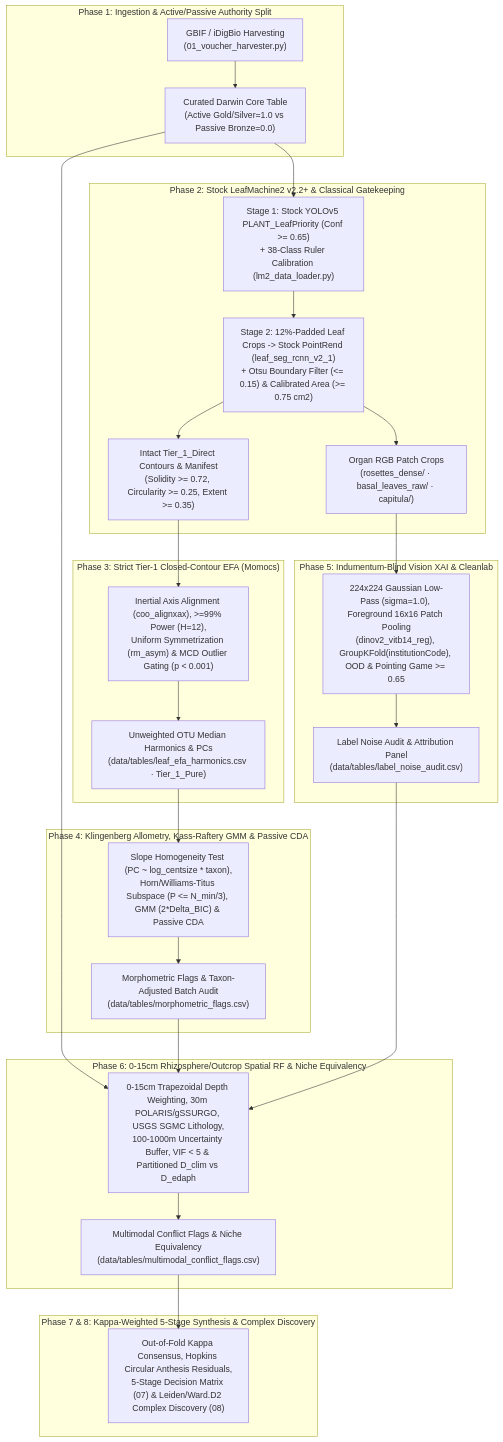
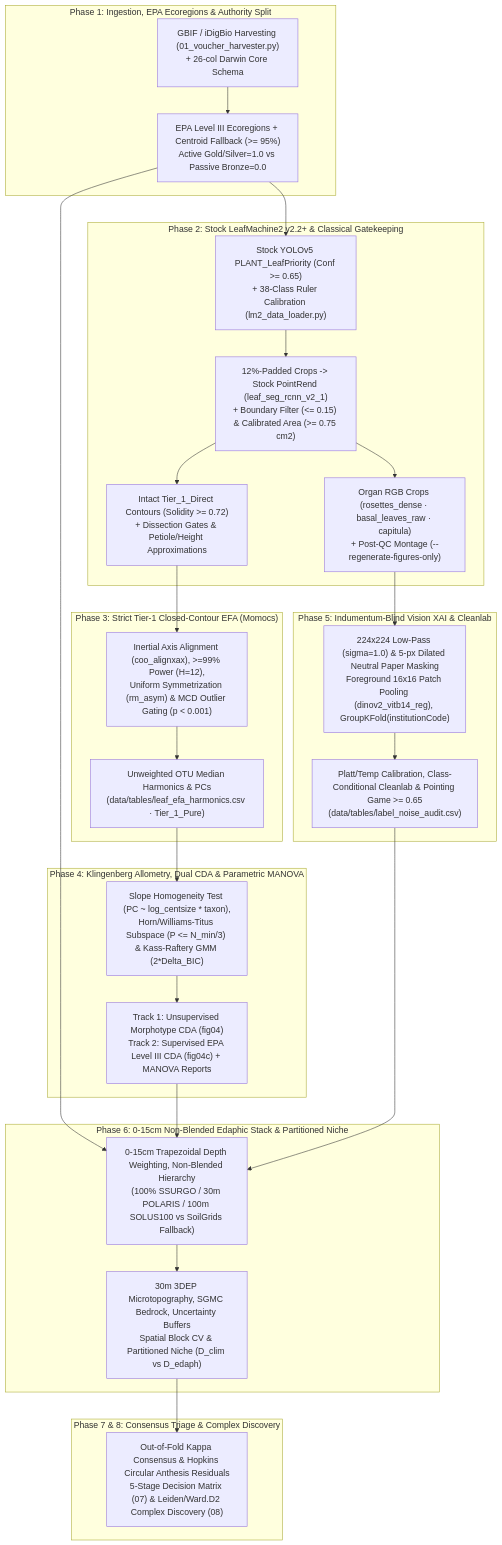
Before and after one commit to Plantatsrophe/Packera_dubia_morphometrics: the diagram in docs/WORKFLOW_GUIDE.md, drawn with Mermaid. The commit also changed other lines of this file and 8 other files, not shown here.

Commit message:
test: add comprehensive test coverage for multivariate MANOVA and CDA biplot generation in GMM morphotools

````diff
--- a/docs/WORKFLOW_GUIDE.md
+++ b/docs/WORKFLOW_GUIDE.md
@@ -105,37 +126,37 @@
 ```mermaid
 flowchart TD
-    subgraph P1["Phase 1: Ingestion & Active/Passive Authority Split"]
-        A["GBIF / iDigBio Harvesting\n(01_voucher_harvester.py)"] --> B["Curated Darwin Core Table\n(Active Gold/Silver=1.0 vs Passive Bronze=0.0)"]
+    subgraph P1["Phase 1: Ingestion, EPA Ecoregions & Authority Split"]
+        A["GBIF / iDigBio Harvesting (01_voucher_harvester.py)\n+ 26-col Darwin Core Schema"] --> B["EPA Level III Ecoregions + Centroid Fallback (>= 95%)\nActive Gold/Silver=1.0 vs Passive Bronze=0.0"]
     end
 
     subgraph P2["Phase 2: Stock LeafMachine2 v2.2+ & Classical Gatekeeping"]
-        B --> C["Stage 1: Stock YOLOv5 PLANT_LeafPriority (Conf >= 0.65)\n+ 38-Class Ruler Calibration (lm2_data_loader.py)"]
-        C --> D["Stage 2: 12%-Padded Leaf Crops -> Stock PointRend (leaf_seg_rcnn_v2_1)\n+ Otsu Boundary Filter (<= 0.15) & Calibrated Area (>= 0.75 cm2)"]
-        D --> D1["Intact Tier_1_Direct Contours & Manifest\n(Solidity >= 0.72, Circularity >= 0.25, Extent >= 0.35)"]
-        D --> D2["Organ RGB Patch Crops\n(rosettes_dense/ · basal_leaves_raw/ · capitula/)"]
+        B --> C["Stock YOLOv5 PLANT_LeafPriority (Conf >= 0.65)\n+ 38-Class Ruler Calibration (lm2_data_loader.py)"]
+        C --> D["12%-Padded Crops -> Stock PointRend (leaf_seg_rcnn_v2_1)\n+ Boundary Filter (<= 0.15) & Calibrated Area (>= 0.75 cm2)"]
+        D --> D1["Intact Tier_1_Direct Contours (Solidity >= 0.72)\n+ Dissection Gates & Petiole/Height Approximations"]
+        D --> D2["Organ RGB Crops (rosettes_dense · basal_leaves_raw · capitula)\n+ Post-QC Montage (--regenerate-figures-only)"]
     end
 
     subgraph P3["Phase 3: Strict Tier-1 Closed-Contour EFA (Momocs)"]
         D1 --> E["Inertial Axis Alignment (coo_alignxax), >=99% Power (H=12),\nUniform Symmetrization (rm_asym) & MCD Outlier Gating (p < 0.001)"]
         E --> F["Unweighted OTU Median Harmonics & PCs\n(data/tables/leaf_efa_harmonics.csv · Tier_1_Pure)"]
     end
 
-    subgraph P4["Phase 4: Klingenberg Allometry, Kass-Raftery GMM & Passive CDA"]
-        F --> G["Slope Homogeneity Test (PC ~ log_centsize * taxon),\nHorn/Williams-Titus Subspace (P <= N_min/3), GMM (2*Delta_BIC) & Passive CDA"]
-        G --> H["Morphometric Flags & Taxon-Adjusted Batch Audit\n(data/tables/morphometric_flags.csv)"]
+    subgraph P4["Phase 4: Klingenberg Allometry, Dual CDA & Parametric MANOVA"]
+        F --> G["Slope Homogeneity Test (PC ~ log_centsize * taxon),\nHorn/Williams-Titus Subspace (P <= N_min/3) & Kass-Raftery GMM (2*Delta_BIC)"]
+        G --> H["Track 1: Unsupervised Morphotype CDA (fig04)\nTrack 2: Supervised EPA Level III CDA (fig04c) + MANOVA Reports"]
     end
 
     subgraph P5["Phase 5: Indumentum-Blind Vision XAI & Cleanlab"]
-        D2 --> I["224x224 Gaussian Low-Pass (sigma=1.0), Foreground 16x16 Patch Pooling\n(dinov2_vitb14_reg), GroupKFold(institutionCode), OOD & Pointing Game >= 0.65"]
-        I --> J["Label Noise Audit & Attribution Panel\n(data/tables/label_noise_audit.csv)"]
+        D2 --> I["224x224 Low-Pass (sigma=1.0) & 5-px Dilated Neutral Paper Masking\nForeground 16x16 Patch Pooling (dinov2_vitb14_reg), GroupKFold(institutionCode)"]
+        I --> J["Platt/Temp Calibration, Class-Conditional Cleanlab & Pointing Game >= 0.65\n(data/tables/label_noise_audit.csv)"]
     end
 
-    subgraph P6["Phase 6: 0-15cm Rhizosphere/Outcrop Spatial RF & Niche Equivalency"]
-        B & H & J --> K["0-15cm Trapezoidal Depth Weighting, 30m POLARIS/gSSURGO, USGS SGMC Lithology,\n100-1000m Uncertainty Buffer, VIF < 5 & Partitioned D_clim vs D_edaph"]
-        K --> L["Multimodal Conflict Flags & Niche Equivalency\n(data/tables/multimodal_conflict_flags.csv)"]
+    subgraph P6["Phase 6: 0-15cm Non-Blended Edaphic Stack & Partitioned Niche"]
+        B & H & J --> K["0-15cm Trapezoidal Depth Weighting, Non-Blended Hierarchy\n(100% SSURGO / 30m POLARIS / 100m SOLUS100 vs SoilGrids Fallback)"]
+        K --> L["30m 3DEP Microtopography, SGMC Bedrock, Uncertainty Buffers\nSpatial Block CV & Partitioned Niche (D_clim vs D_edaph)"]
     end
 
-    subgraph P7["Phase 7 & 8: Kappa-Weighted 5-Stage Synthesis & Complex Discovery"]
-        L --> M["Out-of-Fold Kappa Consensus, Hopkins Circular Anthesis Residuals,\n5-Stage Decision Matrix (07) & Leiden/Ward.D2 Complex Discovery (08)"]
+    subgraph P7["Phase 7 & 8: Consensus Triage & Complex Discovery"]
+        L --> M["Out-of-Fold Kappa Consensus & Hopkins Circular Anthesis Residuals\n5-Stage Decision Matrix (07) & Leiden/Ward.D2 Complex Discovery (08)"]
     end
 ```
````
